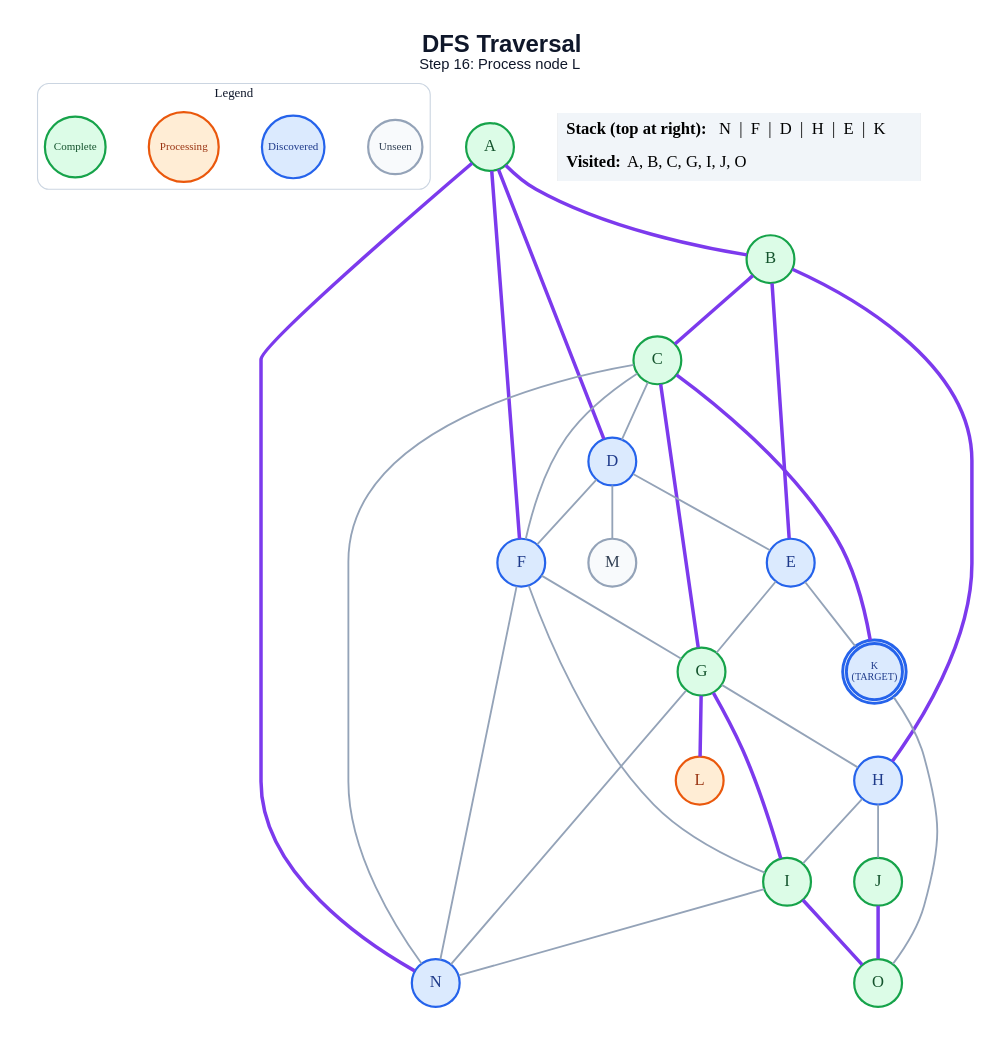
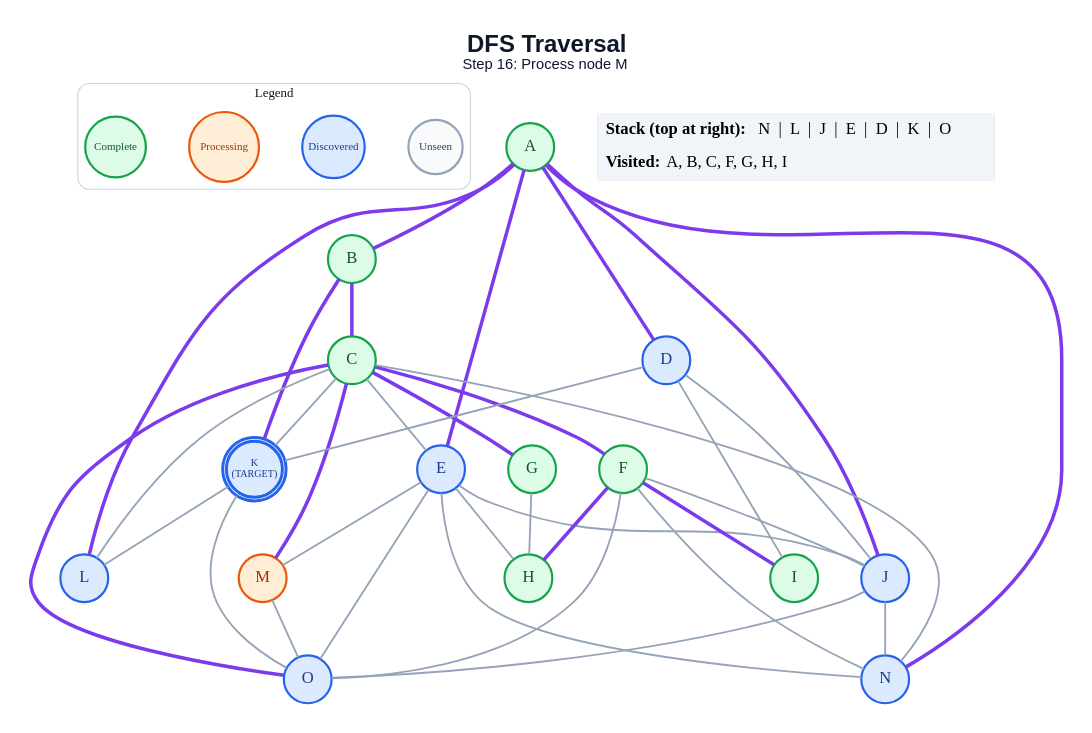
The diagram in generated/dfs/step_16.dot (anon7238593-create/ai-slop), drawn with Graphviz before and after one commit. The commit also changed 249 other files, not shown here.

```diff
--- a/generated/dfs/step_16.dot
+++ b/generated/dfs/step_16.dot
@@ -1,64 +1,69 @@
 graph traversal {
   graph [layout=dot, rankdir=TB, bgcolor="#FFFFFF", pad="0.35", nodesep="0.65", ranksep="0.8", fontname="Arial"];
   node [shape=circle, style="filled", fontname="Arial Bold", fontsize=18, width=0.72, fixedsize=true, penwidth=2.4];
   edge [color="#94A3B8", penwidth=2.0];
-  label=<<B>DFS Traversal</B><BR/><FONT POINT-SIZE="16">Step 16: Process node L</FONT>>; labelloc="t"; fontsize=26; fontname="Arial"; fontcolor="#0F172A";
+  label=<<B>DFS Traversal</B><BR/><FONT POINT-SIZE="16">Step 16: Process node M</FONT>>; labelloc="t"; fontsize=26; fontname="Arial"; fontcolor="#0F172A";
   subgraph cluster_legend { label="Legend"; color="#CBD5E1"; penwidth=1.2; style="rounded"; fontsize=14; fontname="Arial Bold";
     key_unseen [label="Unseen", fillcolor="#F8FAFC", color="#94A3B8", fontcolor="#334155", fontsize=12, width=0.82];
     key_frontier [label="Discovered", fillcolor="#DBEAFE", color="#2563EB", fontcolor="#1E3A8A", fontsize=12, width=0.95];
     key_current [label="Processing", fillcolor="#FFEDD5", color="#EA580C", fontcolor="#9A3412", fontsize=12, width=1.05];
     key_done [label="Complete", fillcolor="#DCFCE7", color="#16A34A", fontcolor="#14532D", fontsize=12, width=0.92];
     { rank=same; key_unseen; key_frontier; key_current; key_done; }
   }
   A [label="A", fillcolor="#DCFCE7", color="#16A34A", fontcolor="#14532D", peripheries=1, penwidth=2.4];
   B [label="B", fillcolor="#DCFCE7", color="#16A34A", fontcolor="#14532D", peripheries=1, penwidth=2.4];
   C [label="C", fillcolor="#DCFCE7", color="#16A34A", fontcolor="#14532D", peripheries=1, penwidth=2.4];
   D [label="D", fillcolor="#DBEAFE", color="#2563EB", fontcolor="#1E3A8A", peripheries=1, penwidth=2.4];
   E [label="E", fillcolor="#DBEAFE", color="#2563EB", fontcolor="#1E3A8A", peripheries=1, penwidth=2.4];
-  F [label="F", fillcolor="#DBEAFE", color="#2563EB", fontcolor="#1E3A8A", peripheries=1, penwidth=2.4];
+  F [label="F", fillcolor="#DCFCE7", color="#16A34A", fontcolor="#14532D", peripheries=1, penwidth=2.4];
   G [label="G", fillcolor="#DCFCE7", color="#16A34A", fontcolor="#14532D", peripheries=1, penwidth=2.4];
-  H [label="H", fillcolor="#DBEAFE", color="#2563EB", fontcolor="#1E3A8A", peripheries=1, penwidth=2.4];
+  H [label="H", fillcolor="#DCFCE7", color="#16A34A", fontcolor="#14532D", peripheries=1, penwidth=2.4];
   I [label="I", fillcolor="#DCFCE7", color="#16A34A", fontcolor="#14532D", peripheries=1, penwidth=2.4];
-  J [label="J", fillcolor="#DCFCE7", color="#16A34A", fontcolor="#14532D", peripheries=1, penwidth=2.4];
+  J [label="J", fillcolor="#DBEAFE", color="#2563EB", fontcolor="#1E3A8A", peripheries=1, penwidth=2.4];
   K [label="K\n(TARGET)", fillcolor="#DBEAFE", color="#2563EB", fontcolor="#1E3A8A", peripheries=2, penwidth=3.2, fontsize=11, width=0.85, height=0.85];
-  L [label="L", fillcolor="#FFEDD5", color="#EA580C", fontcolor="#9A3412", peripheries=1, penwidth=2.4];
-  M [label="M", fillcolor="#F8FAFC", color="#94A3B8", fontcolor="#334155", peripheries=1, penwidth=2.4];
+  L [label="L", fillcolor="#DBEAFE", color="#2563EB", fontcolor="#1E3A8A", peripheries=1, penwidth=2.4];
+  M [label="M", fillcolor="#FFEDD5", color="#EA580C", fontcolor="#9A3412", peripheries=1, penwidth=2.4];
   N [label="N", fillcolor="#DBEAFE", color="#2563EB", fontcolor="#1E3A8A", peripheries=1, penwidth=2.4];
-  O [label="O", fillcolor="#DCFCE7", color="#16A34A", fontcolor="#14532D", peripheries=1, penwidth=2.4];
+  O [label="O", fillcolor="#DBEAFE", color="#2563EB", fontcolor="#1E3A8A", peripheries=1, penwidth=2.4];
   A -- B [color="#7C3AED", penwidth=3.8];
   A -- D [color="#7C3AED", penwidth=3.8];
-  A -- F [color="#7C3AED", penwidth=3.8];
+  A -- E [color="#7C3AED", penwidth=3.8];
+  A -- J [color="#7C3AED", penwidth=3.8];
+  A -- L [color="#7C3AED", penwidth=3.8];
   A -- N [color="#7C3AED", penwidth=3.8];
   B -- C [color="#7C3AED", penwidth=3.8];
-  B -- E [color="#7C3AED", penwidth=3.8];
-  B -- H [color="#7C3AED", penwidth=3.8];
-  C -- D;
-  C -- F;
+  B -- K [color="#7C3AED", penwidth=3.8];
+  C -- E;
+  C -- F [color="#7C3AED", penwidth=3.8];
   C -- G [color="#7C3AED", penwidth=3.8];
-  C -- K [color="#7C3AED", penwidth=3.8];
+  C -- K;
+  C -- L;
+  C -- M [color="#7C3AED", penwidth=3.8];
   C -- N;
-  D -- E;
-  D -- F;
-  D -- M;
-  E -- G;
-  E -- K;
-  F -- G;
-  F -- I;
+  C -- O [color="#7C3AED", penwidth=3.8];
+  D -- I;
+  D -- J;
+  D -- K;
+  E -- H;
+  E -- J;
+  E -- M;
+  E -- N;
+  E -- O;
+  F -- H [color="#7C3AED", penwidth=3.8];
+  F -- I [color="#7C3AED", penwidth=3.8];
+  F -- J;
   F -- N;
+  F -- O;
   G -- H;
-  G -- I [color="#7C3AED", penwidth=3.8];
-  G -- L [color="#7C3AED", penwidth=3.8];
-  G -- N;
-  H -- I;
-  H -- J;
-  I -- N;
-  I -- O [color="#7C3AED", penwidth=3.8];
-  J -- O [color="#7C3AED", penwidth=3.8];
+  J -- N;
+  J -- O;
+  K -- L;
   K -- O;
+  M -- O;
   status [shape=plain, fixedsize=false, width=0, height=0, margin=0, label=<
     <TABLE BORDER="0" CELLBORDER="0" CELLPADDING="7" BGCOLOR="#F1F5F9">
-      <TR><TD ALIGN="LEFT"><B>Stack (top at right):</B> N  |  F  |  D  |  H  |  E  |  K</TD></TR>
-      <TR><TD ALIGN="LEFT"><B>Visited:</B> A, B, C, G, I, J, O</TD></TR>
+      <TR><TD ALIGN="LEFT"><B>Stack (top at right):</B> N  |  L  |  J  |  E  |  D  |  K  |  O</TD></TR>
+      <TR><TD ALIGN="LEFT"><B>Visited:</B> A, B, C, F, G, H, I</TD></TR>
     </TABLE>
   >];
 }
```
